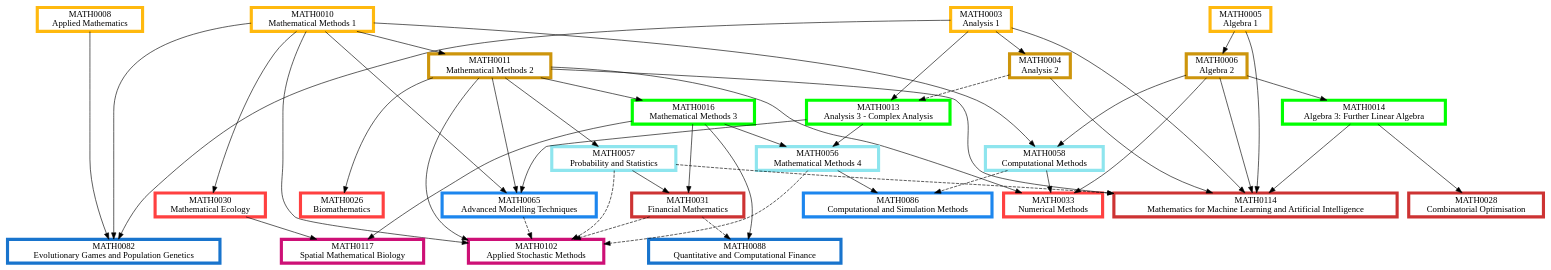
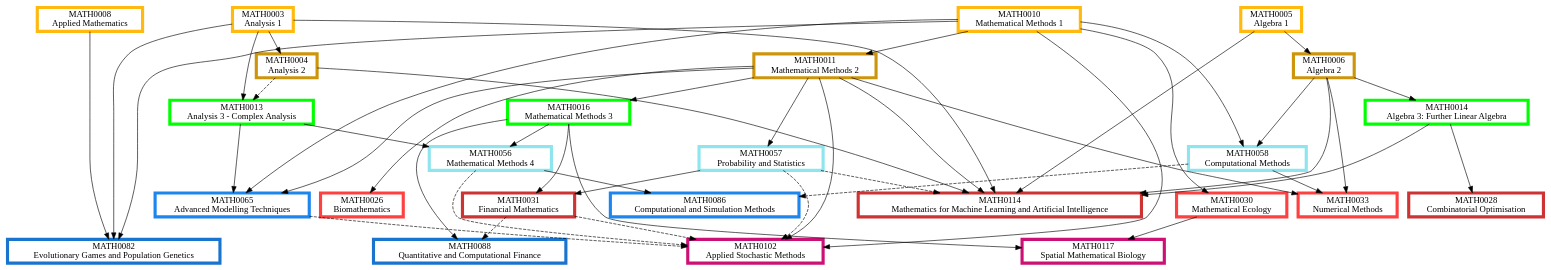
The diagram in Modelling, Computation and Finance.dot (matthew-towers/pathways), drawn with Graphviz before and after one commit. The commit also changed other lines of this file and 12 other files, not shown here.

```diff
--- a/Modelling, Computation and Finance.dot
+++ b/Modelling, Computation and Finance.dot
@@ -1,125 +1,125 @@
 digraph {
 	node [fillcolor=white penwidth=5 shape=box style="filled,bold"]
 	subgraph "1.0 1" {
 		rank=same
-		MATH0008 [label="MATH0008
-Applied Mathematics" color=darkgoldenrod1 href="https://www.ucl.ac.uk/maths/sites/maths/files/math0008.pdf" tooltip="Year 1, term 1"]
 		MATH0003 [label="MATH0003
 Analysis 1" color=darkgoldenrod1 href="https://www.ucl.ac.uk/maths/sites/maths/files/math0003.pdf" tooltip="Year 1, term 1"]
 		MATH0010 [label="MATH0010
 Mathematical Methods 1" color=darkgoldenrod1 href="https://www.ucl.ac.uk/maths/sites/maths/files/math0010.pdf" tooltip="Year 1, term 1"]
+		MATH0008 [label="MATH0008
+Applied Mathematics" color=darkgoldenrod1 href="https://www.ucl.ac.uk/maths/sites/maths/files/math0008.pdf" tooltip="Year 1, term 1"]
 		MATH0005 [label="MATH0005
 Algebra 1" color=darkgoldenrod1 href="https://www.ucl.ac.uk/maths/sites/maths/files/math0005.pdf" tooltip="Year 1, term 1"]
 	}
-	MATH0005 -> MATH0006
 	MATH0010 -> MATH0011
 	MATH0003 -> MATH0004
+	MATH0005 -> MATH0006
 	subgraph "1.0 2" {
 		rank=same
-		MATH0006 [label="MATH0006
-Algebra 2" color=darkgoldenrod3 href="https://www.ucl.ac.uk/maths/sites/maths/files/math0006.pdf" tooltip="Year 1, term 2"]
 		MATH0011 [label="MATH0011
 Mathematical Methods 2" color=darkgoldenrod3 href="https://www.ucl.ac.uk/maths/sites/maths/files/math0011_2.pdf" tooltip="Year 1, term 2"]
 		MATH0004 [label="MATH0004
 Analysis 2" color=darkgoldenrod3 href="https://www.ucl.ac.uk/maths/sites/maths/files/math0004.pdf" tooltip="Year 1, term 2"]
+		MATH0006 [label="MATH0006
+Algebra 2" color=darkgoldenrod3 href="https://www.ucl.ac.uk/maths/sites/maths/files/math0006.pdf" tooltip="Year 1, term 2"]
 	}
 	MATH0011 -> MATH0016
-	MATH0006 -> MATH0014
 	MATH0003 -> MATH0013
 	MATH0004 -> MATH0013 [style=dashed]
+	MATH0006 -> MATH0014
 	subgraph "2 1" {
 		rank=same
 		MATH0016 [label="MATH0016
 Mathematical Methods 3" color=green1 href="https://www.ucl.ac.uk/maths/sites/maths/files/math0016.pdf" tooltip="Year 2, term 1"]
+		MATH0013 [label="MATH0013
+Analysis 3 - Complex Analysis" color=green1 href="https://www.ucl.ac.uk/maths/sites/maths/files/math0013.pdf" tooltip="Year 2, term 1"]
 		MATH0014 [label="MATH0014
 Algebra 3: Further Linear Algebra" color=green1 href="https://www.ucl.ac.uk/maths/sites/maths/files/math0014.pdf" tooltip="Year 2, term 1"]
-		MATH0013 [label="MATH0013
-Analysis 3 - Complex Analysis" color=green1 href="https://www.ucl.ac.uk/maths/sites/maths/files/math0013.pdf" tooltip="Year 2, term 1"]
 	}
+	MATH0013 -> MATH0056
+	MATH0016 -> MATH0056
 	MATH0011 -> MATH0057
 	MATH0010 -> MATH0058
 	MATH0006 -> MATH0058
-	MATH0013 -> MATH0056
-	MATH0016 -> MATH0056
 	subgraph "2.5 2" {
 		rank=same
+		MATH0056 [label="MATH0056
+Mathematical Methods 4" color=cadetblue2 href="https://www.ucl.ac.uk/maths/sites/maths/files/math0056.pdf" tooltip="Year 2 or 3, term 2"]
 		MATH0057 [label="MATH0057
 Probability and Statistics" color=cadetblue2 href="https://www.ucl.ac.uk/maths/sites/maths/files/math0057.pdf" tooltip="Year 2 or 3, term 2"]
 		MATH0058 [label="MATH0058
 Computational Methods" color=cadetblue2 href="https://www.ucl.ac.uk/maths/sites/maths/files/math0058.pdf" tooltip="Year 2 or 3, term 2"]
-		MATH0056 [label="MATH0056
-Mathematical Methods 4" color=cadetblue2 href="https://www.ucl.ac.uk/maths/sites/maths/files/math0056.pdf" tooltip="Year 2 or 3, term 2"]
 	}
 	MATH0011 -> MATH0026
-	MATH0010 -> MATH0030
 	MATH0006 -> MATH0033
 	MATH0011 -> MATH0033
 	MATH0058 -> MATH0033
+	MATH0010 -> MATH0030
 	subgraph "3.0 1" {
 		rank=same
 		MATH0026 [label="MATH0026
 Biomathematics" color=brown1 href="https://www.ucl.ac.uk/maths/sites/maths/files/math0026.pdf" tooltip="Year 3, term 1"]
+		MATH0033 [label="MATH0033
+Numerical Methods" color=brown1 href="https://www.ucl.ac.uk/maths/sites/maths/files/math0033.pdf" tooltip="Year 3, term 1"]
 		MATH0030 [label="MATH0030
 Mathematical Ecology" color=brown1 href="https://www.ucl.ac.uk/maths/sites/maths/files/math0030.pdf" tooltip="Year 3, term 1"]
-		MATH0033 [label="MATH0033
-Numerical Methods" color=brown1 href="https://www.ucl.ac.uk/maths/sites/maths/files/math0033.pdf" tooltip="Year 3, term 1"]
 	}
 	MATH0016 -> MATH0031
 	MATH0057 -> MATH0031
 	MATH0003 -> MATH0114
 	MATH0004 -> MATH0114
 	MATH0005 -> MATH0114
 	MATH0006 -> MATH0114
 	MATH0011 -> MATH0114
 	MATH0014 -> MATH0114
 	MATH0057 -> MATH0114 [style=dashed]
 	MATH0014 -> MATH0028
 	subgraph "3.0 2" {
 		rank=same
 		MATH0031 [label="MATH0031
 Financial Mathematics" color=brown3 href="https://www.ucl.ac.uk/maths/sites/maths/files/math0031.pdf" tooltip="Year 3, term 2"]
 		MATH0114 [label="MATH0114
 Mathematics for Machine Learning and Artificial Intelligence" color=brown3 href="https://www.ucl.ac.uk/maths/sites/maths/files/math0114_0.pdf" tooltip="Year 3, term 2"]
 		MATH0028 [label="MATH0028
 Combinatorial Optimisation" color=brown3 href="https://www.ucl.ac.uk/maths/sites/maths/files/math0028.pdf" tooltip="Year 3, term 2"]
 	}
 	MATH0030 -> MATH0117
 	MATH0016 -> MATH0117
 	MATH0010 -> MATH0102
 	MATH0011 -> MATH0102
 	MATH0056 -> MATH0102 [style=dashed]
 	MATH0031 -> MATH0102 [style=dashed]
 	MATH0065 -> MATH0102 [style=dashed]
 	MATH0057 -> MATH0102 [style=dashed]
 	subgraph "3.5 2" {
 		rank=same
 		MATH0117 [label="MATH0117
 Spatial Mathematical Biology" color=deeppink3 href="https://www.ucl.ac.uk/maths/sites/maths/files/math0117.pdf" tooltip="Year 3 or 4, term 2"]
 		MATH0102 [label="MATH0102
 Applied Stochastic Methods" color=deeppink3 href="https://www.ucl.ac.uk/maths/sites/maths/files/math0102.pdf" tooltip="Year 3 or 4, term 2"]
 	}
-	MATH0056 -> MATH0086
-	MATH0058 -> MATH0086 [style=dashed]
 	MATH0010 -> MATH0065
 	MATH0011 -> MATH0065
 	MATH0013 -> MATH0065
+	MATH0056 -> MATH0086
+	MATH0058 -> MATH0086 [style=dashed]
 	subgraph "4.0 1" {
 		rank=same
+		MATH0065 [label="MATH0065
+Advanced Modelling Techniques" color=dodgerblue2 href="https://www.ucl.ac.uk/maths/sites/maths/files/math0065.pdf" tooltip="Year 4, term 1"]
 		MATH0086 [label="MATH0086
 Computational and Simulation Methods" color=dodgerblue2 href="https://www.ucl.ac.uk/maths/sites/maths/files/math0086.pdf" tooltip="Year 4, term 1"]
-		MATH0065 [label="MATH0065
-Advanced Modelling Techniques" color=dodgerblue2 href="https://www.ucl.ac.uk/maths/sites/maths/files/math0065.pdf" tooltip="Year 4, term 1"]
 	}
-	MATH0016 -> MATH0088
-	MATH0031 -> MATH0088 [style=dashed]
 	MATH0008 -> MATH0082
 	MATH0010 -> MATH0082
 	MATH0003 -> MATH0082
+	MATH0016 -> MATH0088
+	MATH0031 -> MATH0088 [style=dashed]
 	subgraph "4.0 2" {
 		rank=same
+		MATH0082 [label="MATH0082
+Evolutionary Games and Population Genetics" color=dodgerblue3 href="https://www.ucl.ac.uk/maths/sites/maths/files/math0082.pdf" tooltip="Year 4, term 2"]
 		MATH0088 [label="MATH0088
 Quantitative and Computational Finance" color=dodgerblue3 href="https://www.ucl.ac.uk/maths/sites/maths/files/math0088.pdf" tooltip="Year 4, term 2"]
-		MATH0082 [label="MATH0082
-Evolutionary Games and Population Genetics" color=dodgerblue3 href="https://www.ucl.ac.uk/maths/sites/maths/files/math0082.pdf" tooltip="Year 4, term 2"]
 	}
 }
```
